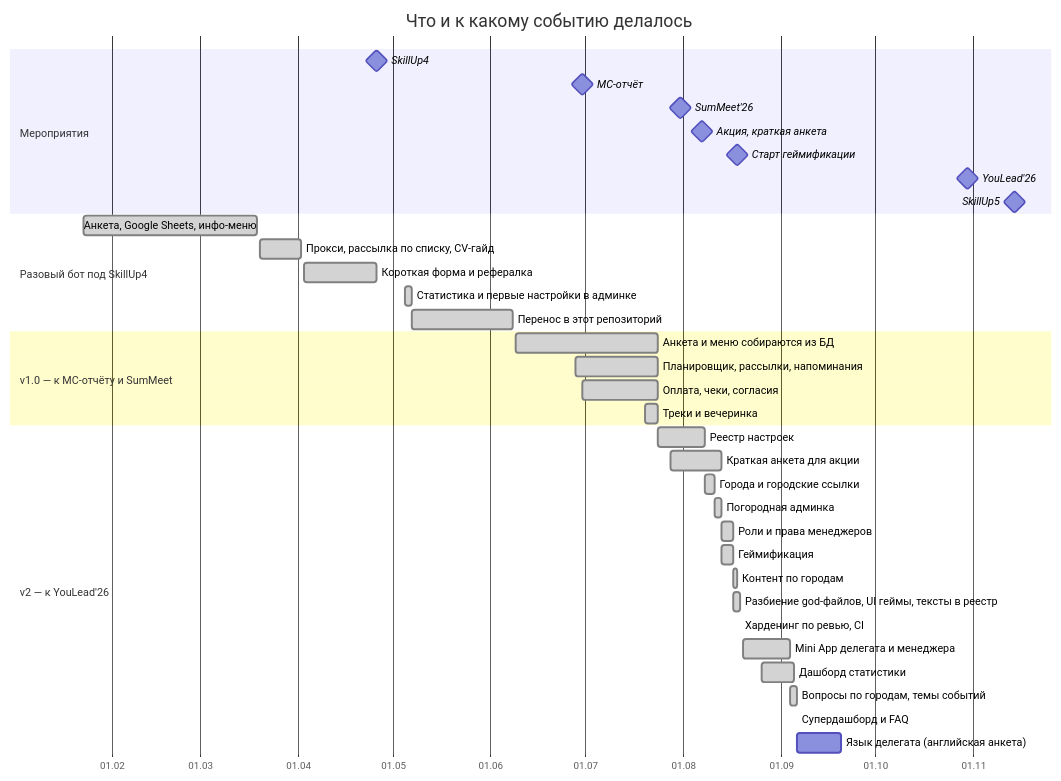
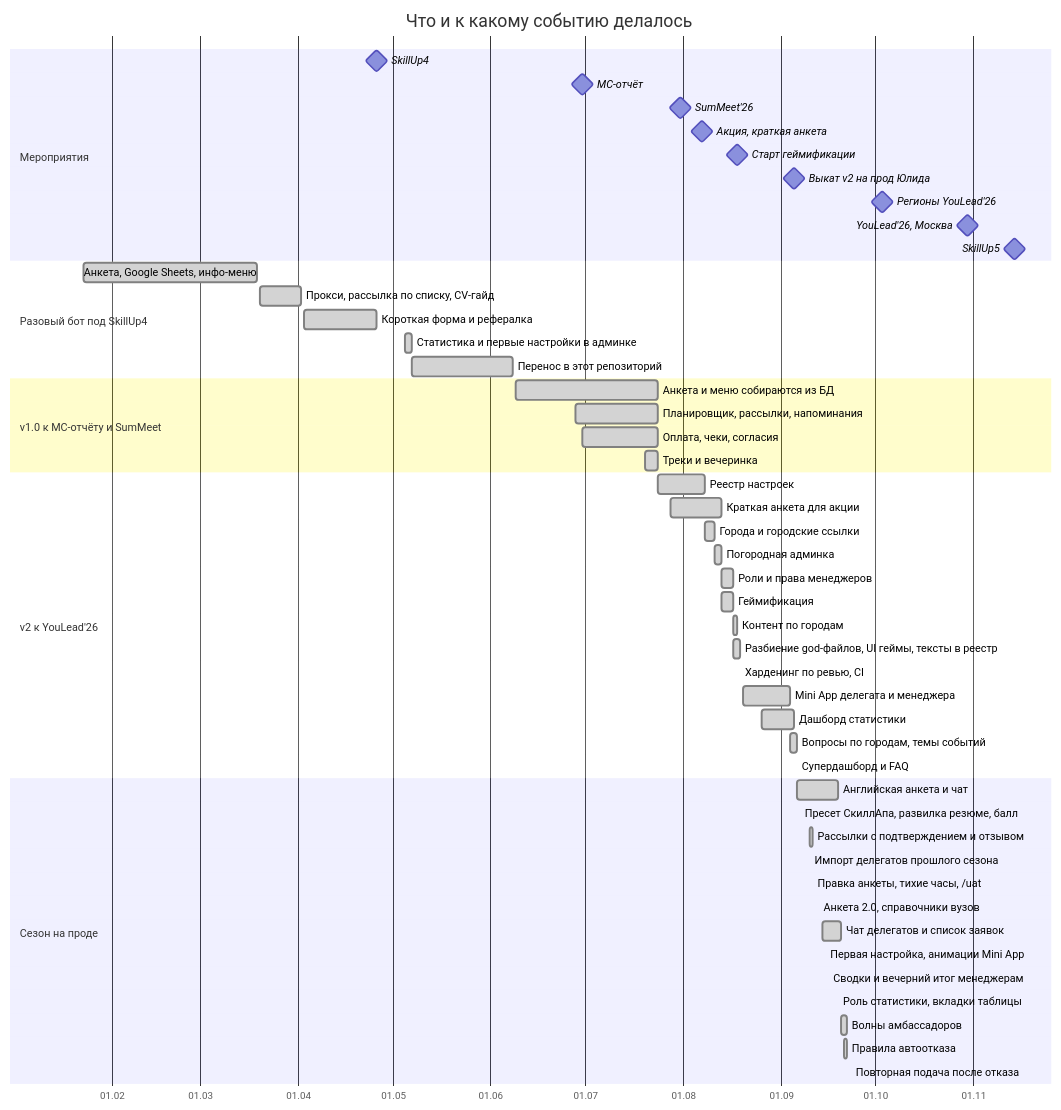
One commit to qleafye/AIESEC_event_bot changed the second of 2 diagrams in README.md. Above: the diagram before and after it, drawn with Mermaid. The commit also changed other lines of this file and 1 other file, not shown here.

````diff
--- a/README.md
+++ b/README.md
@@ -99,44 +160,60 @@
 ```mermaid
 gantt
     title Что и к какому событию делалось
     dateFormat YYYY-MM-DD
     axisFormat %d.%m
 
     section Мероприятия
     SkillUp4                            :milestone, 2026-04-26, 0d
     МС-отчёт                            :milestone, 2026-06-30, 0d
     SumMeet'26                          :milestone, 2026-07-31, 0d
     Акция, краткая анкета               :milestone, 2026-08-07, 0d
     Старт геймификации                  :milestone, 2026-08-18, 0d
-    YouLead'26                          :milestone, 2026-10-30, 0d
+    Выкат v2 на прод Юлида              :milestone, 2026-09-05, 0d
+    Регионы YouLead'26                  :milestone, 2026-10-03, 0d
+    YouLead'26, Москва                  :milestone, 2026-10-30, 0d
     SkillUp5                            :milestone, 2026-11-14, 0d
 
     section Разовый бот под SkillUp4
     Анкета, Google Sheets, инфо-меню    :done, 2026-01-23, 2026-03-19
     Прокси, рассылка по списку, CV-гайд :done, 2026-03-20, 2026-04-02
     Короткая форма и рефералка          :done, 2026-04-03, 2026-04-26
     Статистика и первые настройки в админке :done, 2026-05-05, 2026-05-07
     Перенос в этот репозиторий          :done, 2026-05-07, 2026-06-08
 
-    section v1.0 — к МС-отчёту и SumMeet
+    section v1.0 к МС-отчёту и SumMeet
     Анкета и меню собираются из БД      :done, 2026-06-09, 2026-07-24
     Планировщик, рассылки, напоминания  :done, 2026-06-28, 2026-07-24
     Оплата, чеки, согласия              :done, 2026-06-30, 2026-07-24
     Треки и вечеринка                   :done, 2026-07-20, 2026-07-24
 
-    section v2 — к YouLead'26
+    section v2 к YouLead'26
     Реестр настроек                     :done, 2026-07-24, 2026-08-08
     Краткая анкета для акции            :done, 2026-07-28, 2026-08-13
     Города и городские ссылки           :done, 2026-08-08, 2026-08-11
     Погородная админка                  :done, 2026-08-11, 2026-08-13
     Роли и права менеджеров             :done, 2026-08-13, 2026-08-17
     Геймификация                        :done, 2026-08-13, 2026-08-17
     Контент по городам                  :done, 2026-08-17, 2026-08-18
     Разбиение god-файлов, UI геймы, тексты в реестр :done, 2026-08-17, 2026-08-19
-    Хардeнинг по ревью, CI              :done, 2026-08-19, 2026-08-19
+    Харденинг по ревью, CI             :done, 2026-08-19, 2026-08-19
     Mini App делегата и менеджера       :done, 2026-08-20, 2026-09-04
     Дашборд статистики                  :done, 2026-08-26, 2026-09-05
     Вопросы по городам, темы событий    :done, 2026-09-04, 2026-09-06
     Супердашборд и FAQ                  :done, 2026-09-06, 2026-09-06
-    Язык делегата (английская анкета)   :2026-09-06, 2026-09-20
+
+    section Сезон на проде
+    Английская анкета и чат             :done, 2026-09-06, 2026-09-19
+    Пресет СкиллАпа, развилка резюме, балл :done, 2026-09-07, 2026-09-07
+    Рассылки с подтверждением и отзывом :done, 2026-09-10, 2026-09-11
+    Импорт делегатов прошлого сезона    :done, 2026-09-10, 2026-09-10
+    Правка анкеты, тихие часы, /uat     :done, 2026-09-11, 2026-09-11
+    Анкета 2.0, справочники вузов       :done, 2026-09-13, 2026-09-13
+    Чат делегатов и список заявок       :done, 2026-09-14, 2026-09-20
+    Первая настройка, анимации Mini App :done, 2026-09-15, 2026-09-15
+    Сводки и вечерний итог менеджерам   :done, 2026-09-16, 2026-09-16
+    Роль статистики, вкладки таблицы    :done, 2026-09-19, 2026-09-19
+    Волны амбассадоров                  :done, 2026-09-20, 2026-09-22
+    Правила автоотказа                  :done, 2026-09-21, 2026-09-22
+    Повторная подача после отказа       :done, 2026-09-23, 2026-09-23
 ```
````
